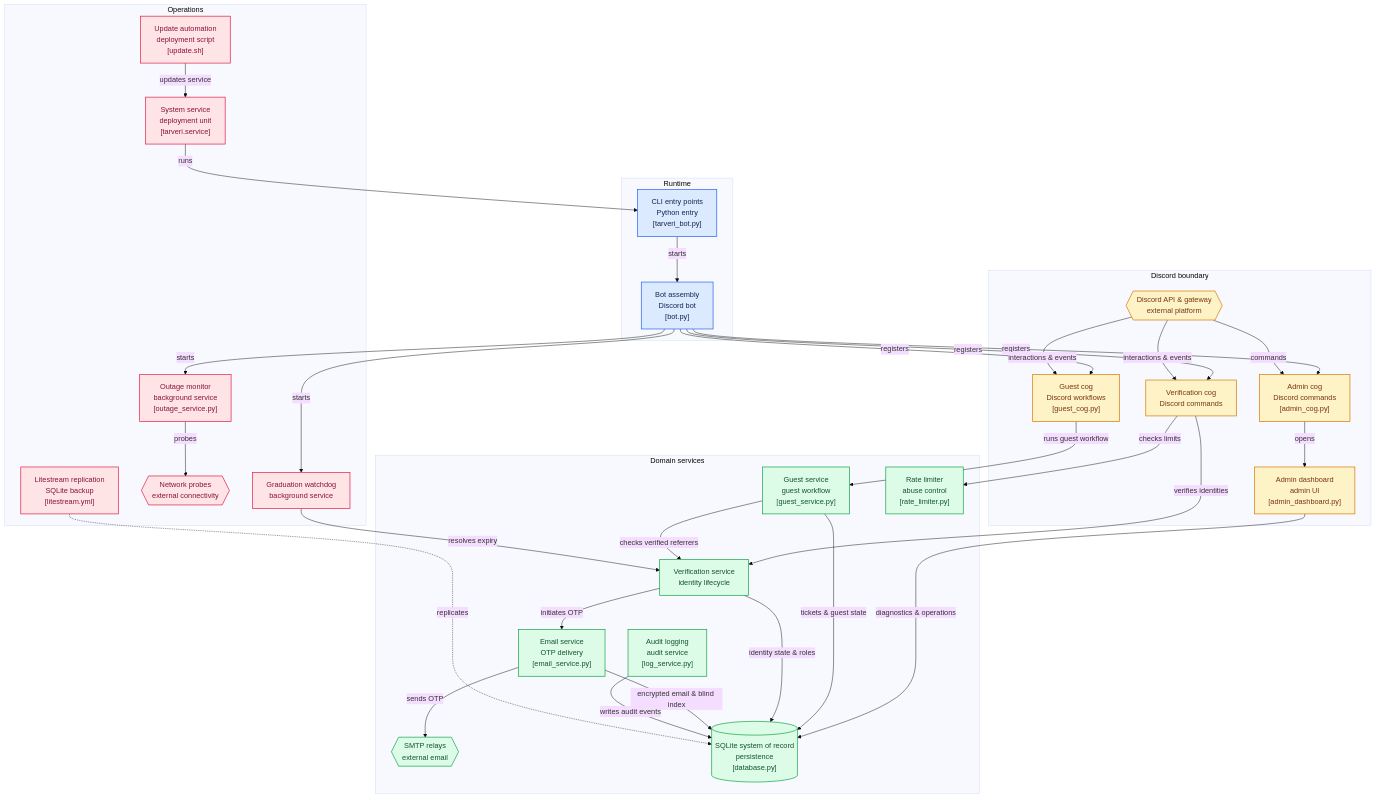
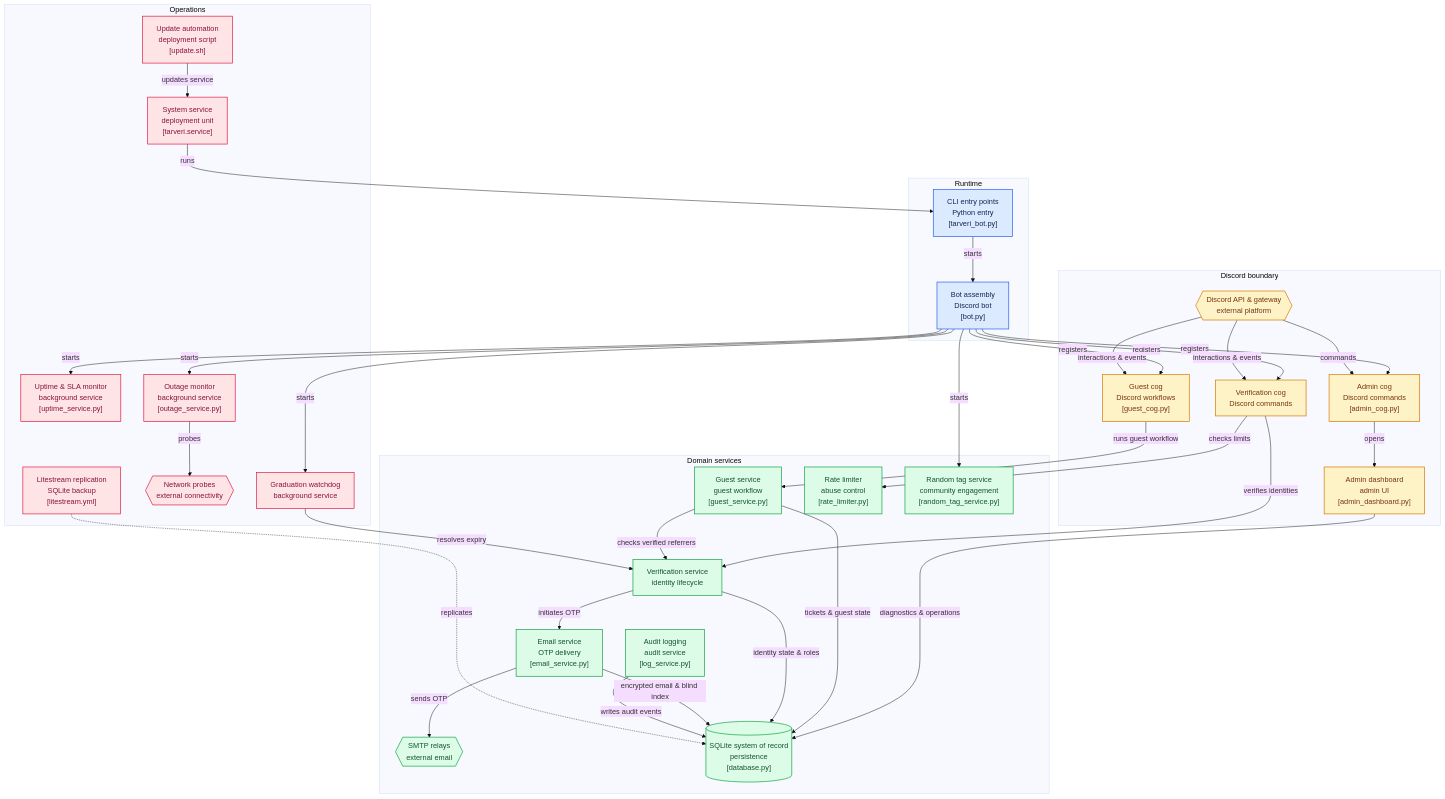
One commit to Dellrall/TARVeri-bot changed the diagram in README.md. Above: the diagram before and after it, drawn with Mermaid (base theme). The commit also changed other lines of this file, not shown here.

Commit message:
docs: update README.md with uptime SLA engine and random tag service

````diff
--- a/README.md
+++ b/README.md
@@ -30,6 +30,7 @@
 
 subgraph group_operations["Operations"]
   node_watchdog["Graduation watchdog<br/>background service"]
+  node_uptime["Uptime & SLA monitor<br/>background service<br/>[uptime_service.py]"]
   node_outage["Outage monitor<br/>background service<br/>[outage_service.py]"]
   node_network{{"Network probes<br/>external connectivity"}}
   node_litestream["Litestream replication<br/>SQLite backup<br/>[litestream.yml]"]
@@ -40,6 +41,7 @@
 subgraph group_domain["Domain services"]
   node_guest_service["Guest service<br/>guest workflow<br/>[guest_service.py]"]
   node_rate_limiter["Rate limiter<br/>abuse control<br/>[rate_limiter.py]"]
+  node_random_tag["Random tag service<br/>community engagement<br/>[random_tag_service.py]"]
   node_verification_service["Verification service<br/>identity lifecycle"]
   node_email_service["Email service<br/>OTP delivery<br/>[email_service.py]"]
   node_log_service["Audit logging<br/>audit service<br/>[log_service.py]"]
@@ -53,7 +55,9 @@
 node_bot -->|"registers"| node_verification_cog
 node_bot -->|"registers"| node_admin_cog
 node_bot -->|"starts"| node_watchdog
+node_bot -->|"starts"| node_uptime
 node_bot -->|"starts"| node_outage
+node_bot -->|"starts"| node_random_tag
 
 node_discord_api -->|"interactions & events"| node_guest_cog
 node_discord_api -->|"interactions & events"| node_verification_cog
@@ -95,7 +99,9 @@
 click node_database "https://github.com/dellrall/student-verifier/blob/main/tarveri/database.py"
 click node_log_service "https://github.com/dellrall/student-verifier/blob/main/tarveri/services/log_service.py"
 click node_watchdog "https://github.com/dellrall/student-verifier/blob/main/tarveri/services/graduation_watchdog_service.py"
+click node_uptime "https://github.com/dellrall/student-verifier/blob/main/tarveri/services/uptime_service.py"
 click node_outage "https://github.com/dellrall/student-verifier/blob/main/tarveri/services/outage_service.py"
+click node_random_tag "https://github.com/dellrall/student-verifier/blob/main/tarveri/services/random_tag_service.py"
 click node_litestream "https://github.com/dellrall/student-verifier/blob/main/litestream.yml"
 click node_systemd "https://github.com/dellrall/student-verifier/blob/main/deploy/tarveri.service"
 click node_updater "https://github.com/dellrall/student-verifier/blob/main/scripts/update.sh"
@@ -109,6 +115,6 @@
 classDef toneTeal fill:#ccfbf1,stroke:#0f766e,stroke-width:1.5px,color:#134e4a
 class node_entry,node_bot toneBlue
 class node_discord_api,node_verification_cog,node_guest_cog,node_admin_cog,node_admin_dashboard toneAmber
-class node_verification_service,node_email_service,node_guest_service,node_rate_limiter,node_database,node_log_service,node_smtp toneMint
-class node_watchdog,node_outage,node_litestream,node_systemd,node_updater,node_network toneRose
+class node_verification_service,node_email_service,node_guest_service,node_rate_limiter,node_random_tag,node_database,node_log_service,node_smtp toneMint
+class node_watchdog,node_uptime,node_outage,node_litestream,node_systemd,node_updater,node_network toneRose
 ```
````
